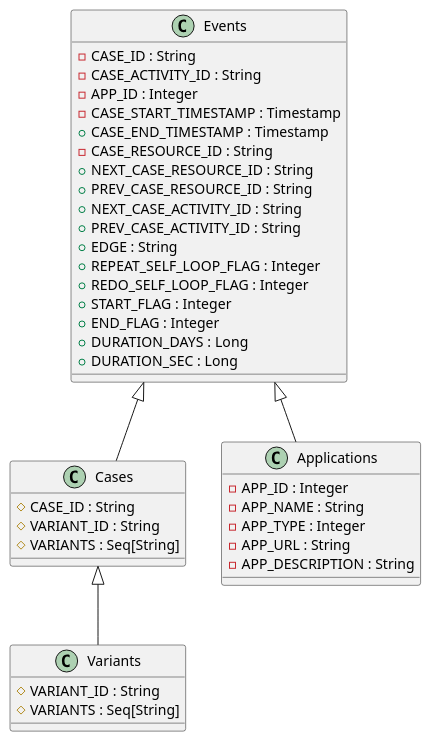
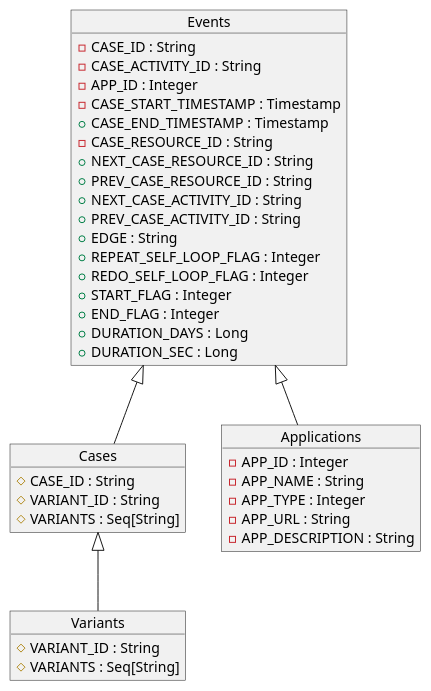
One commit to fcenedes/flows changed the diagram in flow.md. Above: the diagram before and after it, drawn with PlantUML.

```diff
--- a/flow.md
+++ b/flow.md
@@ -20,49 +20,49 @@
 @startuml
 
 
-class Events {
+Object Events {
    -CASE_ID : String
    -CASE_ACTIVITY_ID : String
    -APP_ID : Integer
    -CASE_START_TIMESTAMP : Timestamp
    +CASE_END_TIMESTAMP : Timestamp
    -CASE_RESOURCE_ID : String
    +NEXT_CASE_RESOURCE_ID : String
    +PREV_CASE_RESOURCE_ID : String
    +NEXT_CASE_ACTIVITY_ID : String
    +PREV_CASE_ACTIVITY_ID : String
    +EDGE : String
    +REPEAT_SELF_LOOP_FLAG : Integer
    +REDO_SELF_LOOP_FLAG : Integer
    +START_FLAG : Integer
    +END_FLAG : Integer
    +DURATION_DAYS : Long
    +DURATION_SEC : Long
    
 }
 
-class Cases {
+Object Cases {
   #CASE_ID : String
   #VARIANT_ID : String
   #VARIANTS : Seq[String]
 }
 
-class Variants {
+Object Variants {
    #VARIANT_ID : String
    #VARIANTS : Seq[String]
 }
 
-class Applications {
+Object Applications {
    -APP_ID : Integer
    -APP_NAME : String
    -APP_TYPE : Integer
    -APP_URL : String
    -APP_DESCRIPTION : String
 }
 
 
 Events <|-- Cases
 Cases <|-- Variants
 Events <|-- Applications
 
 @enduml
```
